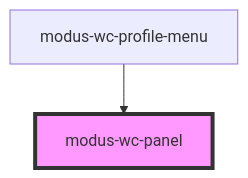
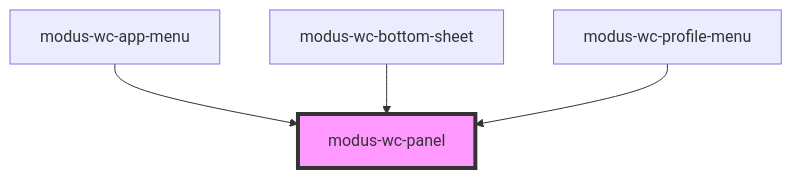
The diagram in src/components/modus-wc-panel/readme.md (trimble-oss/modus-wc-2.0), drawn with Mermaid before and after one commit. The commit also changed other lines of this file and 16 other files, not shown here.

````diff
--- a/src/components/modus-wc-panel/readme.md
+++ b/src/components/modus-wc-panel/readme.md
@@ -31,5 +33,7 @@
 ```mermaid
 graph TD;
+  modus-wc-app-menu --> modus-wc-panel
+  modus-wc-bottom-sheet --> modus-wc-panel
   modus-wc-profile-menu --> modus-wc-panel
   style modus-wc-panel fill:#f9f,stroke:#333,stroke-width:4px
 ```
````
